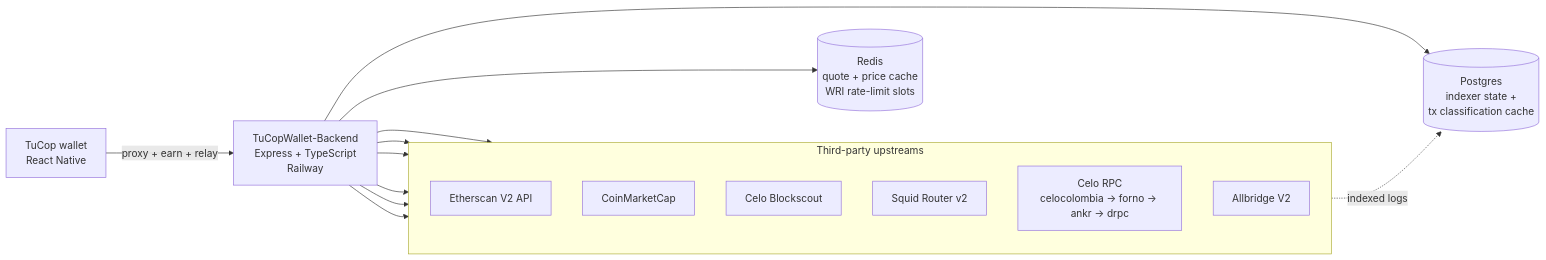
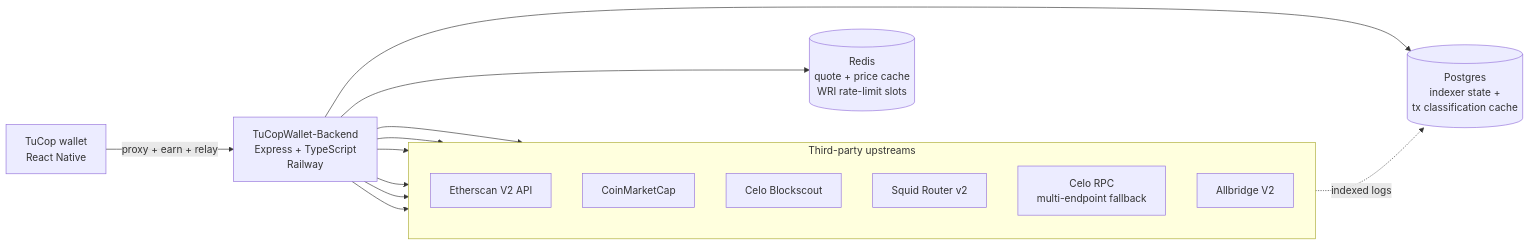
The diagram in README.md (TuCopFinance/TuCOPWallet-Backend), drawn with Mermaid before and after one commit. The commit also changed other lines of this file and 4 other files, not shown here.

````diff
--- a/README.md
+++ b/README.md
@@ -21,29 +21,29 @@
 ```mermaid
 flowchart LR
     Wallet[TuCop wallet<br/>React Native]
     Backend[TuCopWallet-Backend<br/>Express + TypeScript<br/>Railway]
     Postgres[(Postgres<br/>indexer state +<br/>tx classification cache)]
     Redis[(Redis<br/>quote + price cache<br/>WRI rate-limit slots)]
 
     subgraph Upstreams [Third-party upstreams]
         direction TB
         Etherscan[Etherscan V2 API]
         CMC[CoinMarketCap]
         Blockscout[Celo Blockscout]
         Squid[Squid Router v2]
-        CeloRPC[Celo RPC<br/>celocolombia &rarr; forno &rarr; ankr &rarr; drpc]
+        CeloRPC[Celo RPC<br/>multi-endpoint fallback]
         Allbridge[Allbridge V2]
     end
 
     Wallet -->|proxy + earn + relay| Backend
     Backend --> Postgres
     Backend --> Redis
     Backend --> Etherscan
     Backend --> CMC
     Backend --> Blockscout
     Backend --> Squid
     Backend --> CeloRPC
     Backend --> Allbridge
 
     CeloRPC -.->|indexed logs| Postgres
 ```
````
